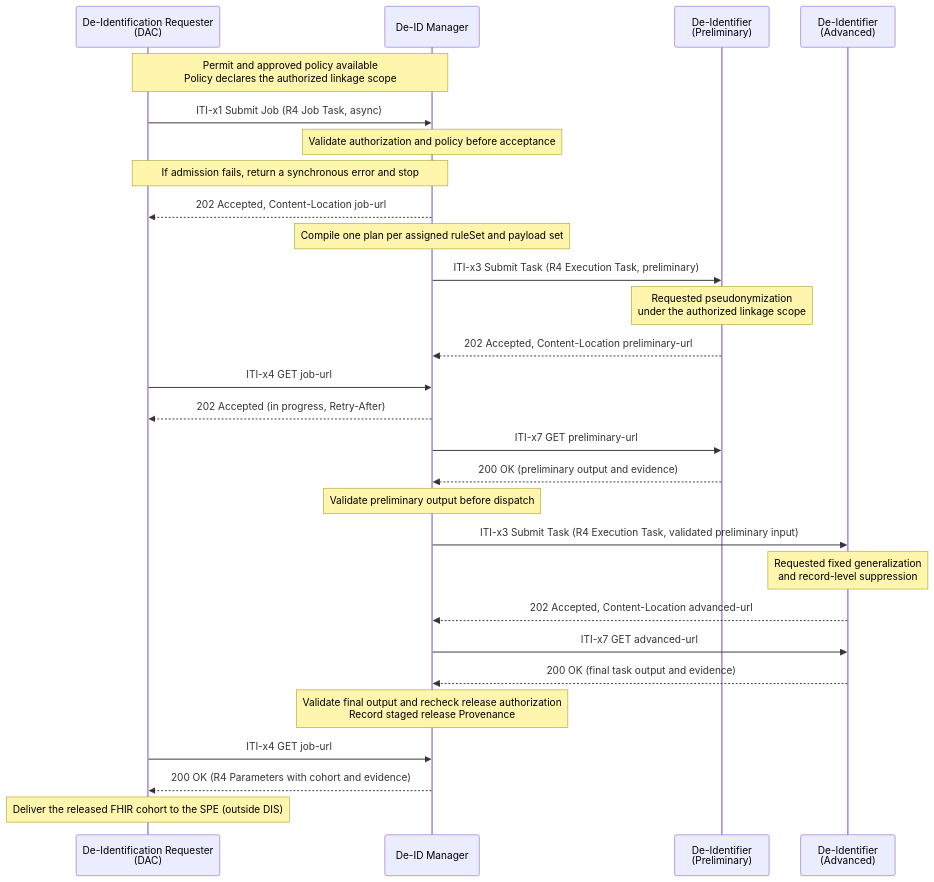
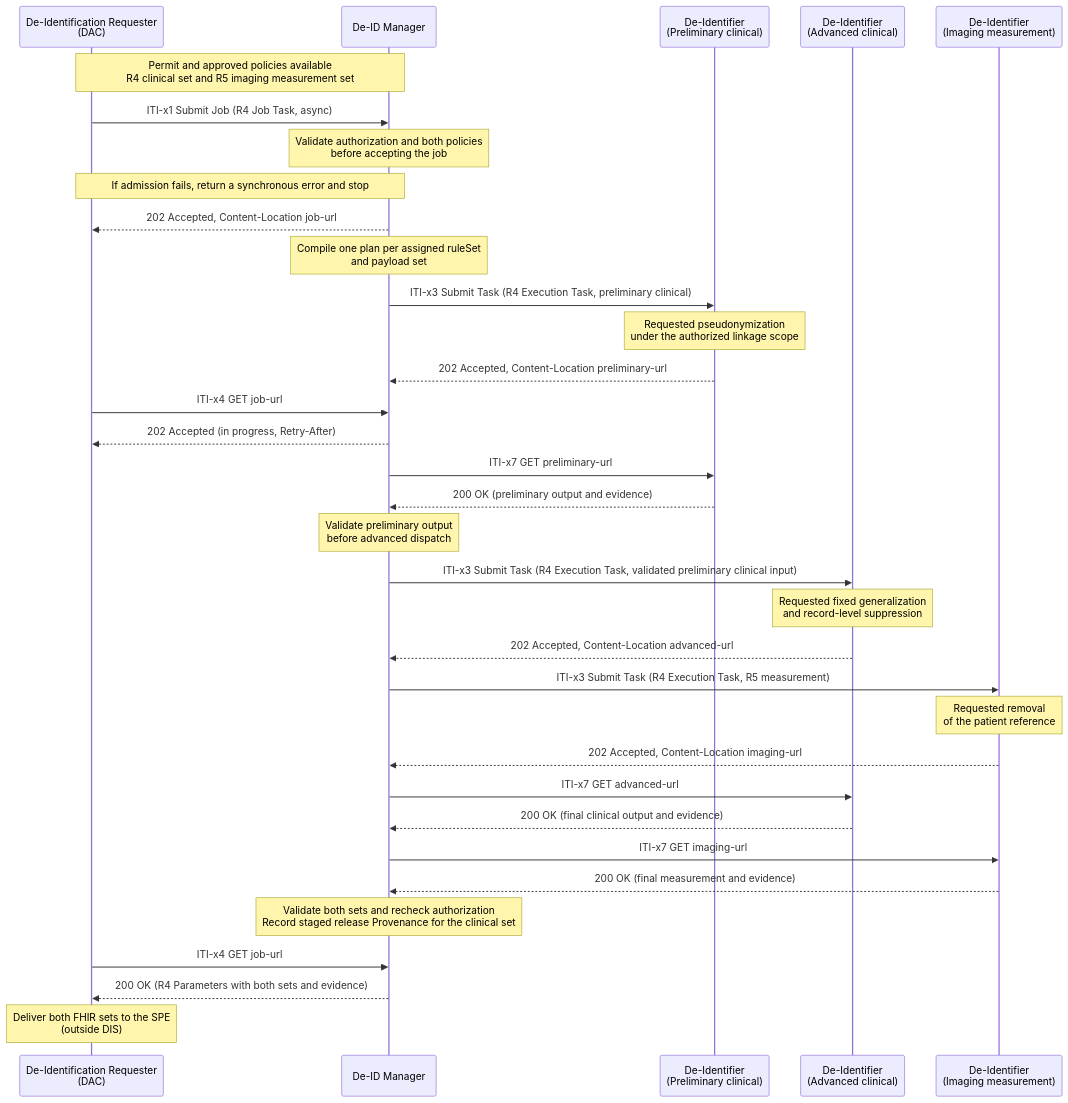
One commit to IHE/ITI.DIS changed the diagram in input/images-source/dis-uc2-ai-ml-development.mmd. Above: the diagram before and after it, drawn with Mermaid. The commit also changed 15 other files, not shown here.

Commit message:
Show multi-version FHIR inputs in DIS use case 2

```diff
--- a/input/images-source/dis-uc2-ai-ml-development.mmd
+++ b/input/images-source/dis-uc2-ai-ml-development.mmd
@@ -1,33 +1,40 @@
 sequenceDiagram
     participant DAC as De-Identification Requester<br/>(DAC)
     participant MGR as De-ID Manager
-    participant DI_P as De-Identifier<br/>(Preliminary)
-    participant DI_A as De-Identifier<br/>(Advanced)
+    participant DI_P as De-Identifier<br/>(Preliminary clinical)
+    participant DI_A as De-Identifier<br/>(Advanced clinical)
+    participant DI_I as De-Identifier<br/>(Imaging measurement)
 
-    Note over DAC,MGR: Permit and approved policy available<br/>Policy declares the authorized linkage scope
+    Note over DAC,MGR: Permit and approved policies available<br/>R4 clinical set and R5 imaging measurement set
     DAC->>MGR: ITI-x1 Submit Job (R4 Job Task, async)
-    Note over MGR: Validate authorization and policy before acceptance
+    Note over MGR: Validate authorization and both policies<br/>before accepting the job
     Note over DAC,MGR: If admission fails, return a synchronous error and stop
     MGR-->>DAC: 202 Accepted, Content-Location job-url
 
-    Note over MGR: Compile one plan per assigned ruleSet and payload set
-    MGR->>DI_P: ITI-x3 Submit Task (R4 Execution Task, preliminary)
+    Note over MGR: Compile one plan per assigned ruleSet<br/>and payload set
+    MGR->>DI_P: ITI-x3 Submit Task (R4 Execution Task, preliminary clinical)
     Note over DI_P: Requested pseudonymization<br/>under the authorized linkage scope
     DI_P-->>MGR: 202 Accepted, Content-Location preliminary-url
 
     DAC->>MGR: ITI-x4 GET job-url
     MGR-->>DAC: 202 Accepted (in progress, Retry-After)
 
     MGR->>DI_P: ITI-x7 GET preliminary-url
     DI_P-->>MGR: 200 OK (preliminary output and evidence)
-    Note over MGR: Validate preliminary output before dispatch
-    MGR->>DI_A: ITI-x3 Submit Task (R4 Execution Task, validated preliminary input)
+    Note over MGR: Validate preliminary output<br/>before advanced dispatch
+    MGR->>DI_A: ITI-x3 Submit Task (R4 Execution Task, validated preliminary clinical input)
     Note over DI_A: Requested fixed generalization<br/>and record-level suppression
     DI_A-->>MGR: 202 Accepted, Content-Location advanced-url
 
+    MGR->>DI_I: ITI-x3 Submit Task (R4 Execution Task, R5 measurement)
+    Note over DI_I: Requested removal<br/>of the patient reference
+    DI_I-->>MGR: 202 Accepted, Content-Location imaging-url
+
     MGR->>DI_A: ITI-x7 GET advanced-url
-    DI_A-->>MGR: 200 OK (final task output and evidence)
-    Note over MGR: Validate final output and recheck release authorization<br/>Record staged release Provenance
+    DI_A-->>MGR: 200 OK (final clinical output and evidence)
+    MGR->>DI_I: ITI-x7 GET imaging-url
+    DI_I-->>MGR: 200 OK (final measurement and evidence)
+    Note over MGR: Validate both sets and recheck authorization<br/>Record staged release Provenance for the clinical set
     DAC->>MGR: ITI-x4 GET job-url
-    MGR-->>DAC: 200 OK (R4 Parameters with cohort and evidence)
-    Note over DAC: Deliver the released FHIR cohort to the SPE (outside DIS)
+    MGR-->>DAC: 200 OK (R4 Parameters with both sets and evidence)
+    Note over DAC: Deliver both FHIR sets to the SPE<br/>(outside DIS)
```
